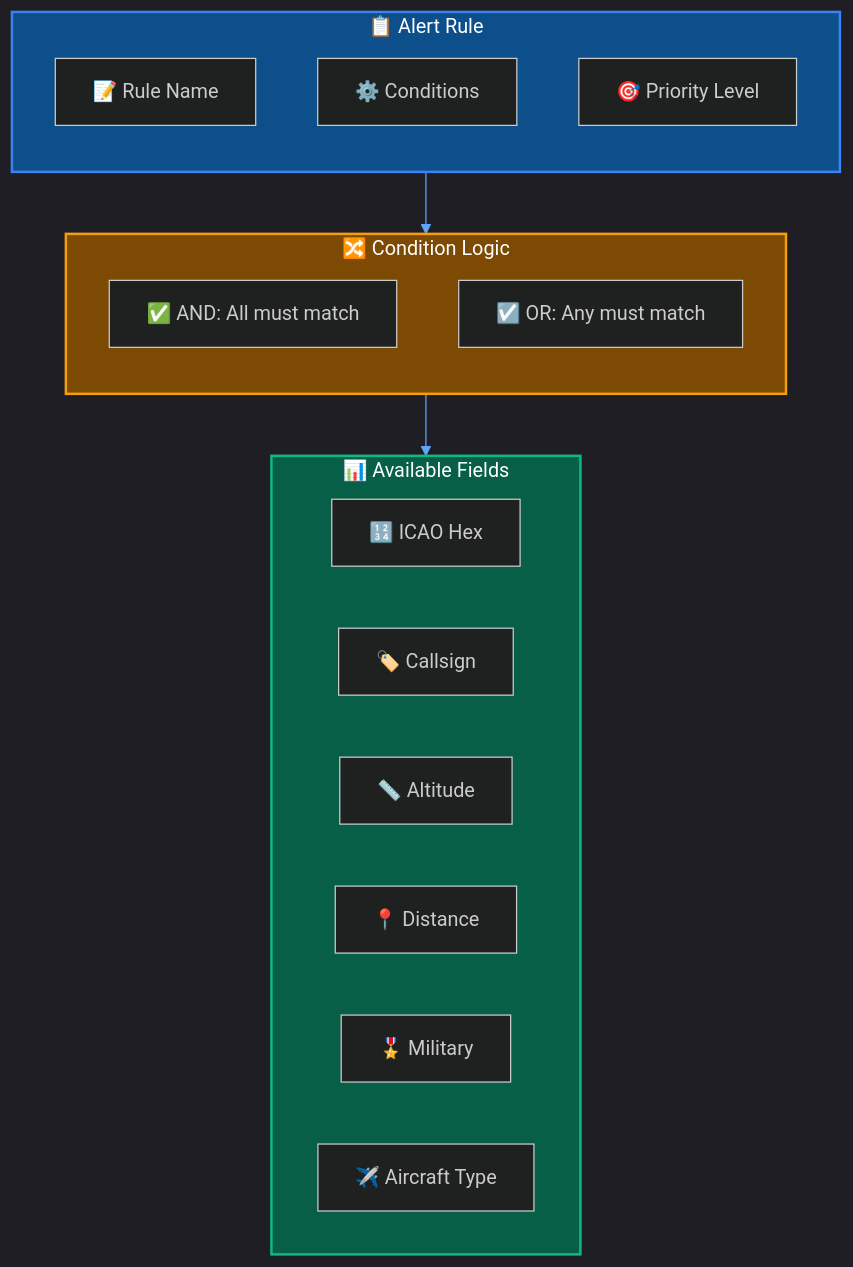
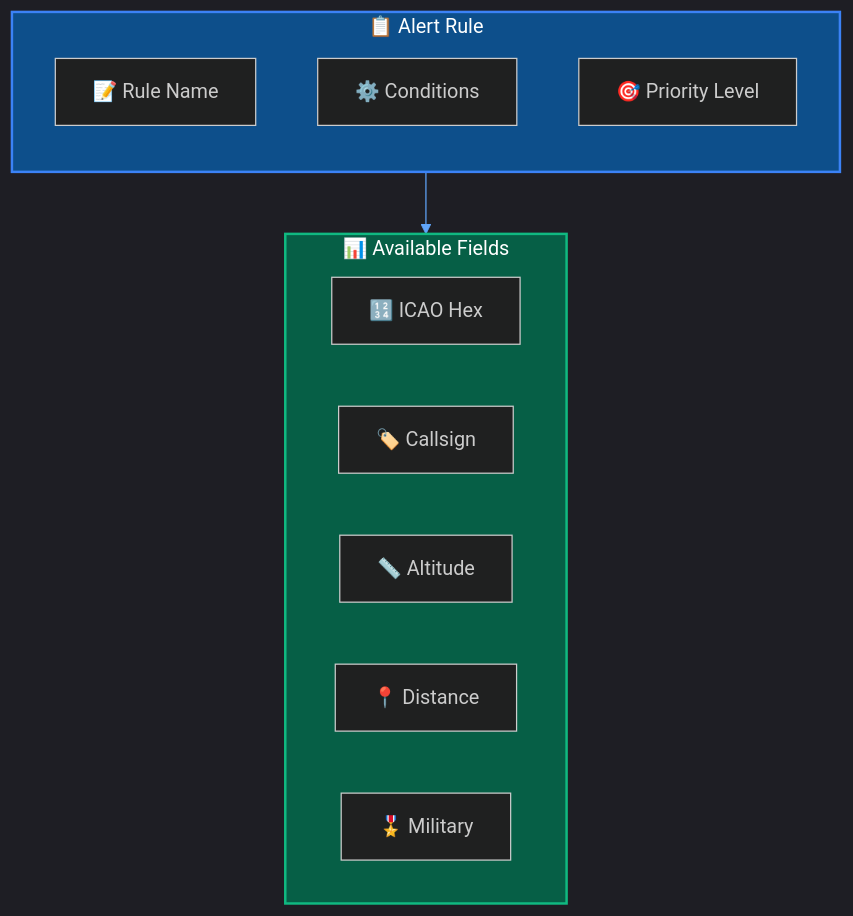
The second of 3 diagrams in docs/Getting Started/safety-and-alerts.md (CHA0S-CORP/SkySpyDocs), drawn with Mermaid before and after one commit. The commit also changed other lines of this file and 24 other files, not shown here.

````diff
--- a/docs/Getting Started/safety-and-alerts.md
+++ b/docs/Getting Started/safety-and-alerts.md
@@ -119,33 +87,24 @@
 ```mermaid
 %%{init: {'theme': 'dark', 'themeVariables': { 'primaryColor': '#1e3a5f', 'primaryTextColor': '#fff', 'primaryBorderColor': '#3b82f6', 'lineColor': '#60a5fa'}}}%%
 flowchart TB
     subgraph Rule["📋 Alert Rule"]
         direction TB
         NAME["📝 Rule Name"]
         COND["⚙️ Conditions"]
         PRIO["🎯 Priority Level"]
     end
 
-    subgraph Conditions["🔀 Condition Logic"]
-        direction TB
-        AND["✅ AND: All must match"]
-        OR["☑️ OR: Any must match"]
-    end
-
     subgraph Fields["📊 Available Fields"]
         direction LR
         ICAO["🔢 ICAO Hex"]
         CALL["🏷️ Callsign"]
         ALT["📏 Altitude"]
         DIST["📍 Distance"]
         MIL["🎖️ Military"]
-        TYPE["✈️ Aircraft Type"]
     end
 
-    Rule --> Conditions
-    Conditions --> Fields
+    Rule --> Fields
 
     style Rule fill:#0d4f8b,stroke:#3b82f6,stroke-width:2px,color:#fff
-    style Conditions fill:#7c4a03,stroke:#f59e0b,stroke-width:2px,color:#fff
     style Fields fill:#065f46,stroke:#10b981,stroke-width:2px,color:#fff
 ```
````
